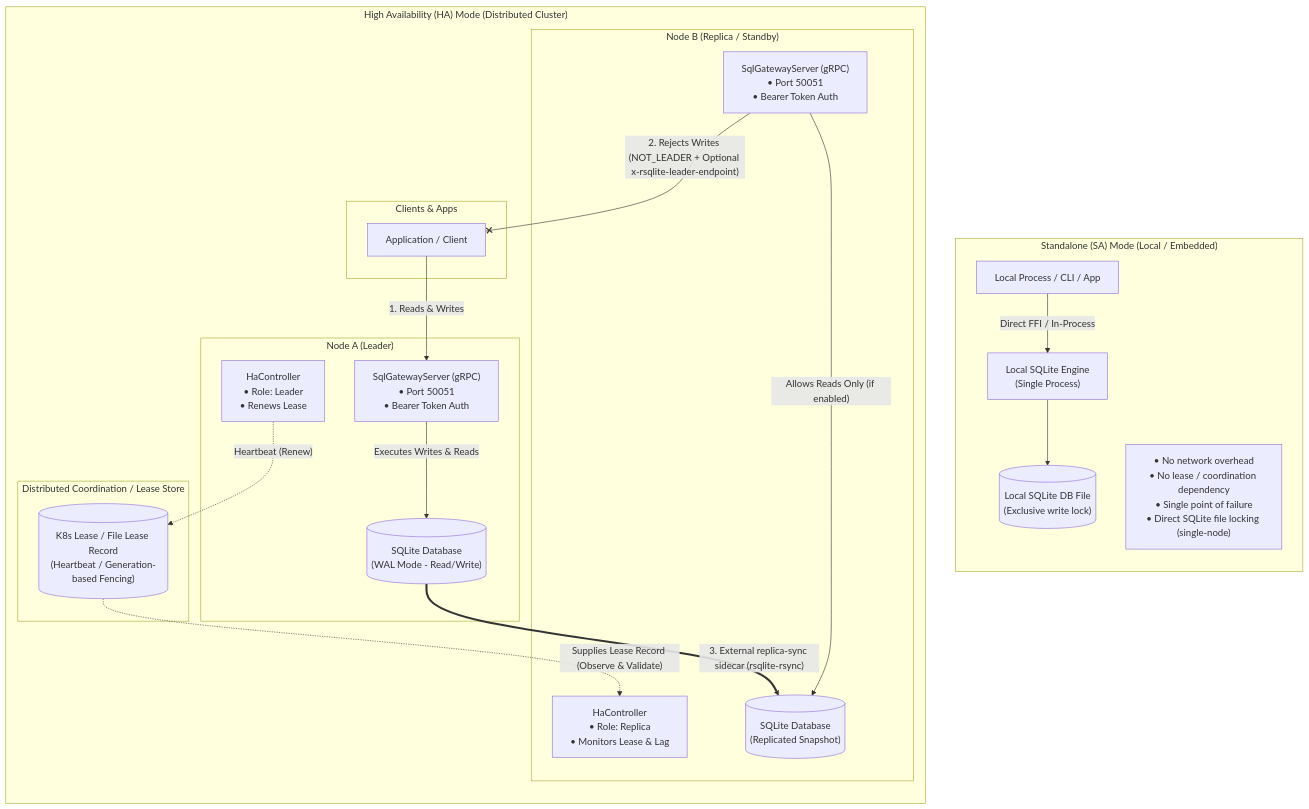
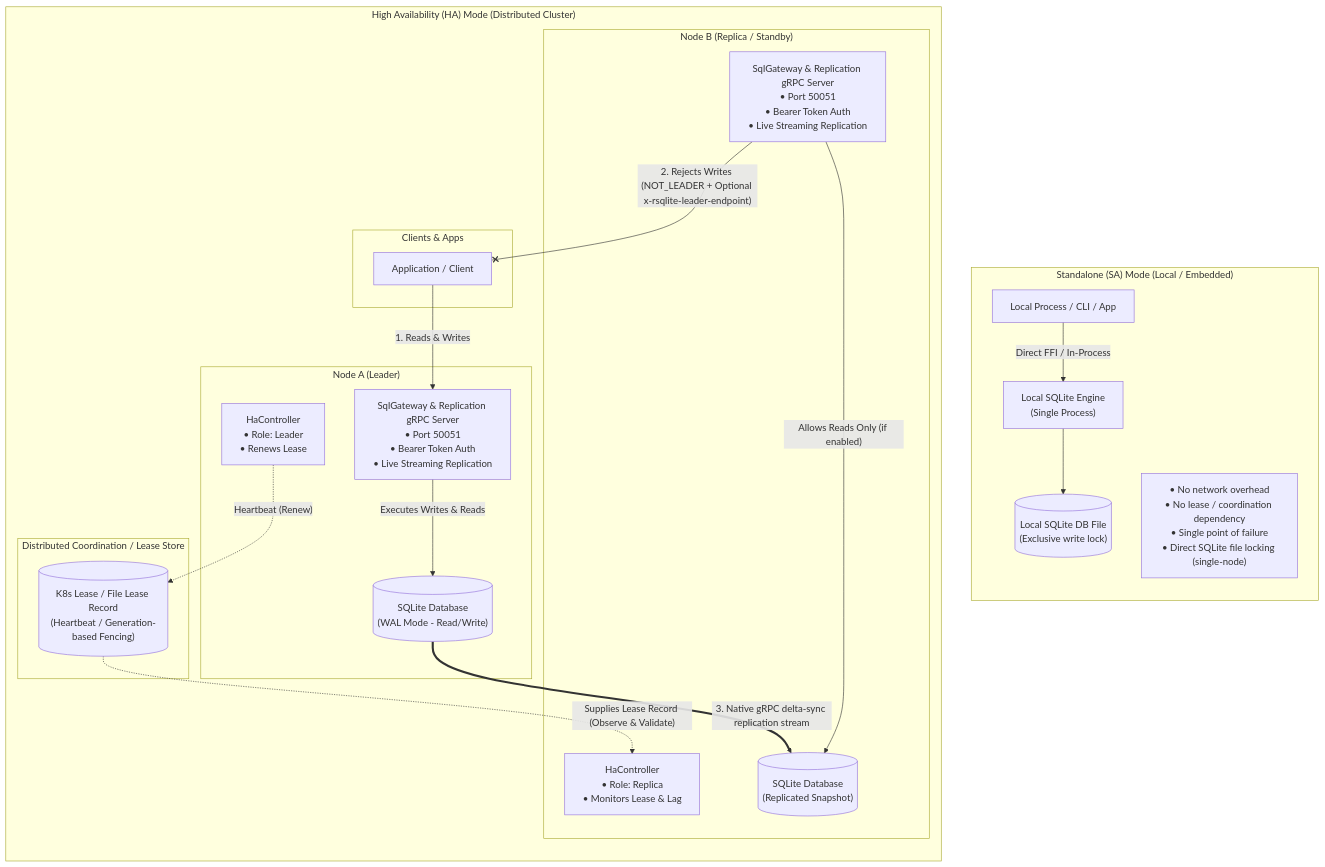
One commit to sria91/rsqlite-rsync changed the eighth of 12 diagrams in docs/architecture-diagrams.md. Above: the diagram before and after it, drawn with Mermaid. The commit also changed other lines of this file and 23 other files, not shown here.

First line of the commit message:
feat: native gRPC streaming replication, auth, and updated documentation (#17)

````diff
--- a/docs/architecture-diagrams.md
+++ b/docs/architecture-diagrams.md
@@ -299,45 +312,45 @@
 ```mermaid
 flowchart TB
     subgraph SA["Standalone (SA) Mode (Local / Embedded)"]
         direction TB
         SA_User["Local Process / CLI / App"] -->|"Direct FFI / In-Process"| SA_Engine["Local SQLite Engine<br/>(Single Process)"]
         SA_Engine --> SA_DB[("Local SQLite DB File<br/>(Exclusive write lock)")]
         
         SA_Note["• No network overhead<br/>• No lease / coordination dependency<br/>• Single point of failure<br/>• Direct SQLite file locking (single-node)"]
     end
 
     subgraph HA["High Availability (HA) Mode (Distributed Cluster)"]
         direction TB
         
         subgraph HA_Clients["Clients & Apps"]
             HA_App["Application / Client"]
         end
 
         subgraph HA_LeaseStore["Distributed Coordination / Lease Store"]
             HA_Lease[("K8s Lease / File Lease Record<br/>(Heartbeat / Generation-based Fencing)")]
         end
 
         subgraph HA_Leader["Node A (Leader)"]
-            L_GW["SqlGatewayServer (gRPC)<br/>• Port 50051<br/>• Bearer Token Auth"]
+            L_GW["SqlGateway & Replication gRPC Server<br/>• Port 50051<br/>• Bearer Token Auth<br/>• Live Streaming Replication"]
             L_Ctrl["HaController<br/>• Role: Leader<br/>• Renews Lease"]
             L_DB[("SQLite Database<br/>(WAL Mode - Read/Write)")]
             
             L_Ctrl -.->|"Heartbeat (Renew)"| HA_Lease
             L_GW -->|"Executes Writes & Reads"| L_DB
         end
 
         subgraph HA_Replica["Node B (Replica / Standby)"]
-            R_GW["SqlGatewayServer (gRPC)<br/>• Port 50051<br/>• Bearer Token Auth"]
+            R_GW["SqlGateway & Replication gRPC Server<br/>• Port 50051<br/>• Bearer Token Auth<br/>• Live Streaming Replication"]
             R_Ctrl["HaController<br/>• Role: Replica<br/>• Monitors Lease & Lag"]
             R_DB[("SQLite Database<br/>(Replicated Snapshot)")]
             
             HA_Lease -.->|"Supplies Lease Record (Observe & Validate)"| R_Ctrl
             R_GW -->|"Allows Reads Only (if enabled)"| R_DB
         end
 
         HA_App -->|"1. Reads & Writes"| L_GW
         R_GW --x|"2. Rejects Writes (NOT_LEADER + Optional x-rsqlite-leader-endpoint)"| HA_App
 
-        L_DB ==>|"3. External replica-sync sidecar (rsqlite-rsync)"| R_DB
+        L_DB ==>|"3. Native gRPC delta-sync replication stream"| R_DB
     end
 ```
````
